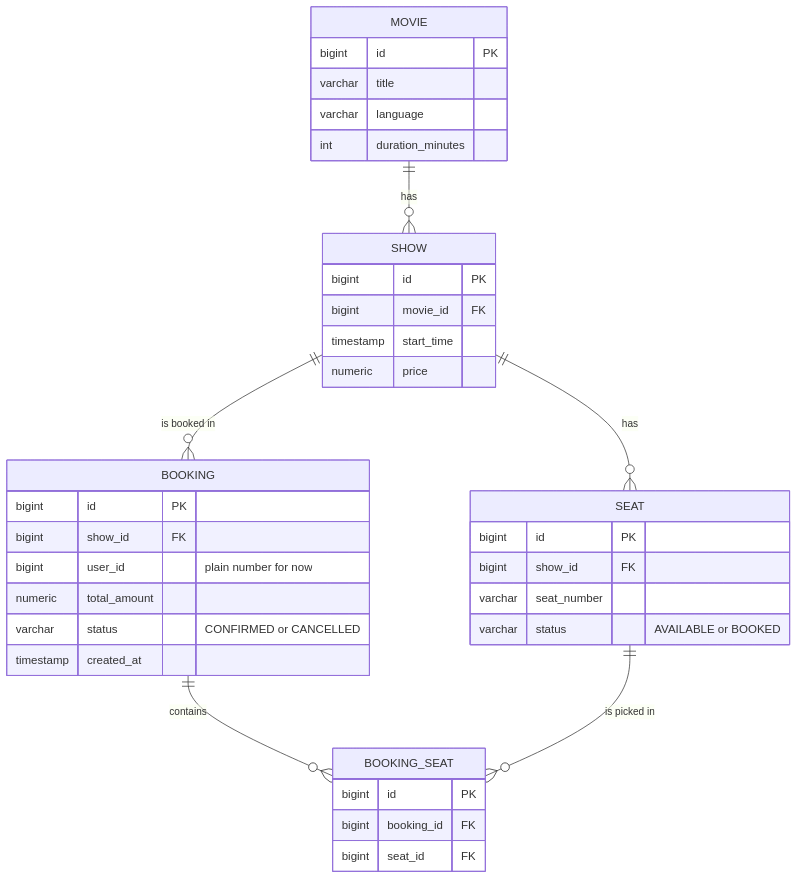
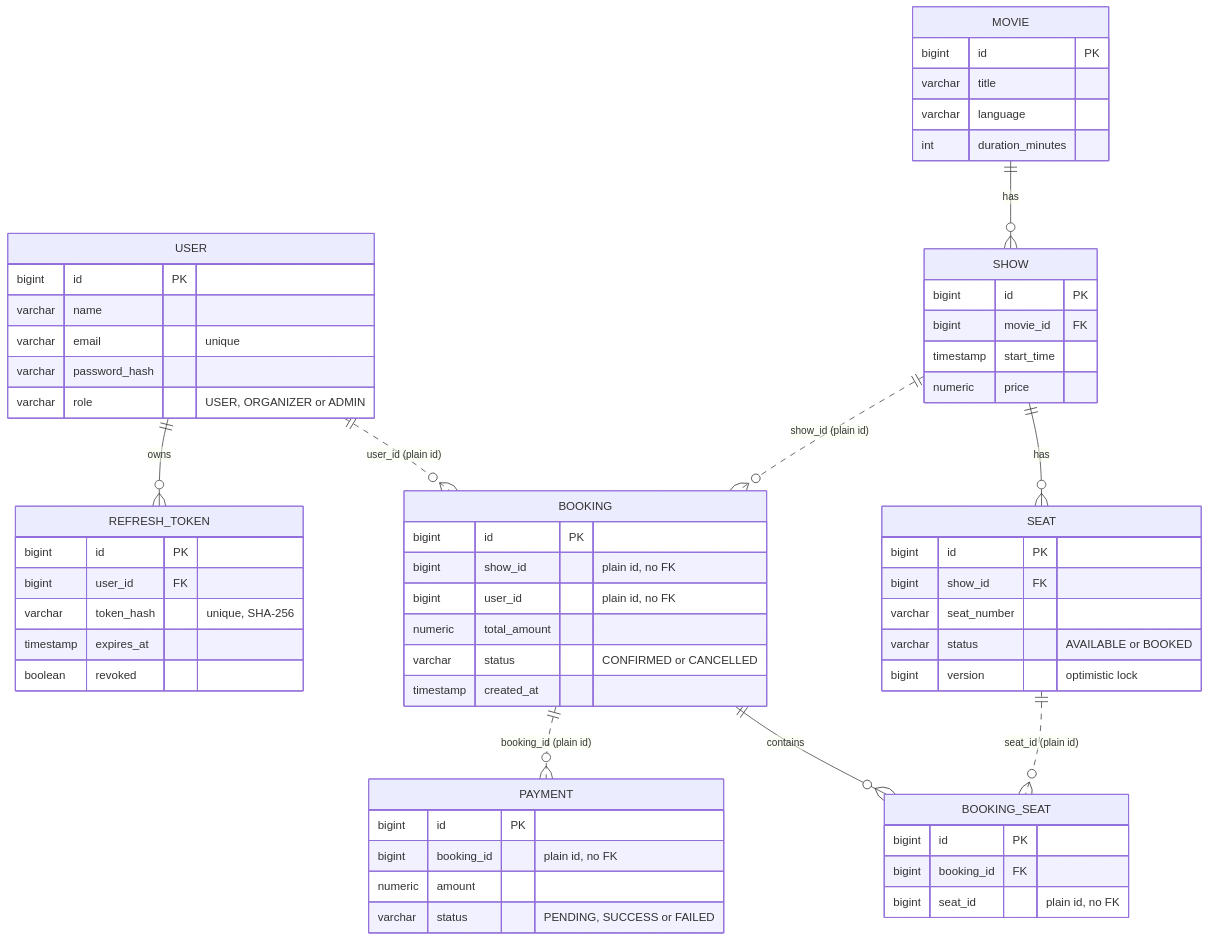
The diagram in Phase_6_Microservices/Files/ENTITY_DIAGRAM.md (rahulmulik9/Ticket_booking_application), drawn with Mermaid before and after one commit. The commit also changed other lines of this file, not shown here.

````diff
--- a/Phase_6_Microservices/Files/ENTITY_DIAGRAM.md
+++ b/Phase_6_Microservices/Files/ENTITY_DIAGRAM.md
@@ -8,44 +22,74 @@
 ```mermaid
 erDiagram
+    USER ||--o{ REFRESH_TOKEN : "owns"
+
     MOVIE ||--o{ SHOW : "has"
     SHOW ||--o{ SEAT : "has"
-    SHOW ||--o{ BOOKING : "is booked in"
+
     BOOKING ||--o{ BOOKING_SEAT : "contains"
-    SEAT ||--o{ BOOKING_SEAT : "is picked in"
+
+    USER ||..o{ BOOKING : "user_id (plain id)"
+    SHOW ||..o{ BOOKING : "show_id (plain id)"
+    SEAT ||..o{ BOOKING_SEAT : "seat_id (plain id)"
+    BOOKING ||..o{ PAYMENT : "booking_id (plain id)"
+
+    USER {
+        bigint id PK
+        varchar name
+        varchar email "unique"
+        varchar password_hash
+        varchar role "USER, ORGANIZER or ADMIN"
+    }
+
+    REFRESH_TOKEN {
+        bigint id PK
+        bigint user_id FK
+        varchar token_hash "unique, SHA-256"
+        timestamp expires_at
+        boolean revoked
+    }
 
     MOVIE {
         bigint id PK
         varchar title
         varchar language
         int duration_minutes
     }
 
     SHOW {
         bigint id PK
         bigint movie_id FK
         timestamp start_time
         numeric price
     }
 
     SEAT {
         bigint id PK
         bigint show_id FK
         varchar seat_number
         varchar status "AVAILABLE or BOOKED"
+        bigint version "optimistic lock"
     }
 
     BOOKING {
         bigint id PK
-        bigint show_id FK
-        bigint user_id "plain number for now"
+        bigint show_id "plain id, no FK"
+        bigint user_id "plain id, no FK"
         numeric total_amount
         varchar status "CONFIRMED or CANCELLED"
         timestamp created_at
     }
 
     BOOKING_SEAT {
         bigint id PK
         bigint booking_id FK
-        bigint seat_id FK
+        bigint seat_id "plain id, no FK"
+    }
+
+    PAYMENT {
+        bigint id PK
+        bigint booking_id "plain id, no FK"
+        numeric amount
+        varchar status "PENDING, SUCCESS or FAILED"
     }
 ```
````
